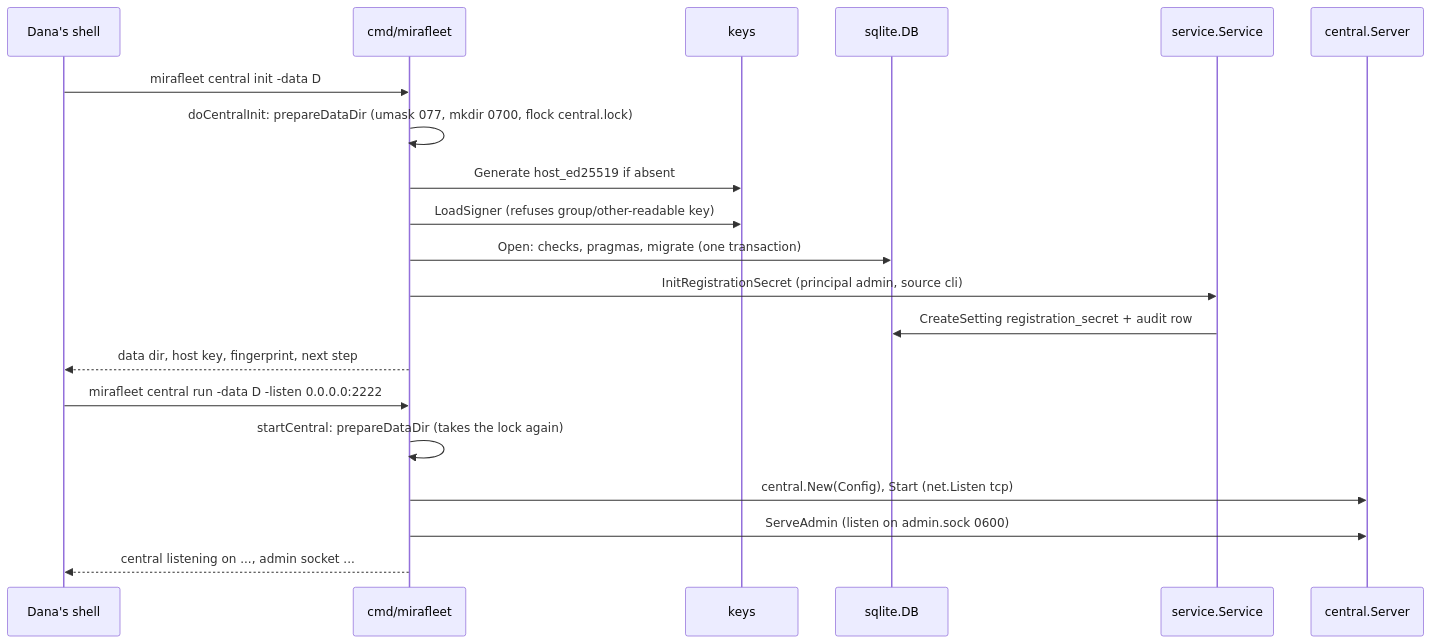
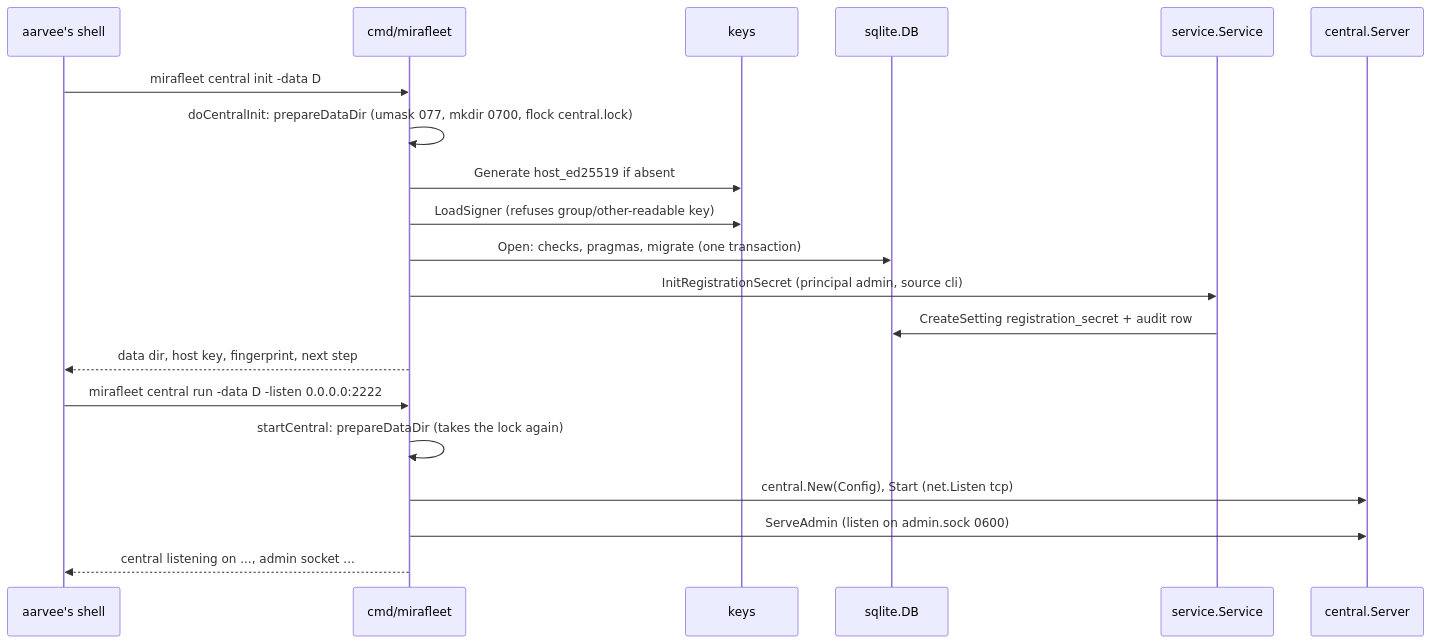
One commit to mirastacklabs-ai/mirafleet changed the first of 29 diagrams in docs/guide/04-flows.md. Above: the diagram before and after it, drawn with Mermaid. The commit also changed other lines of this file and 7 other files, not shown here.

````diff
--- a/docs/guide/04-flows.md
+++ b/docs/guide/04-flows.md
@@ -55,23 +55,23 @@
 ```mermaid
 sequenceDiagram
-  participant Admin as Dana's shell
+  participant Admin as aarvee's shell
   participant main as cmd/mirafleet
   participant keys as keys
   participant sqlite as sqlite.DB
   participant Service as service.Service
   participant Server as central.Server
 
   Admin->>main: mirafleet central init -data D
   main->>main: doCentralInit: prepareDataDir (umask 077, mkdir 0700, flock central.lock)
   main->>keys: Generate host_ed25519 if absent
   main->>keys: LoadSigner (refuses group/other-readable key)
   main->>sqlite: Open: checks, pragmas, migrate (one transaction)
   main->>Service: InitRegistrationSecret (principal admin, source cli)
   Service->>sqlite: CreateSetting registration_secret + audit row
   main-->>Admin: data dir, host key, fingerprint, next step
   Admin->>main: mirafleet central run -data D -listen 0.0.0.0:2222
   main->>main: startCentral: prepareDataDir (takes the lock again)
   main->>Server: central.New(Config), Start (net.Listen tcp)
   main->>Server: ServeAdmin (listen on admin.sock 0600)
   main-->>Admin: central listening on ..., admin socket ...
 ```
````
